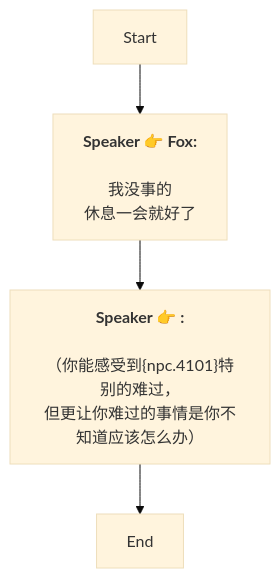
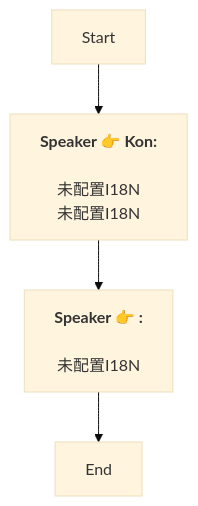
The diagram in Zh/AddDialogNode_1738551309133086.md (SoftHu/tos_avg), drawn with Mermaid (base theme) before and after one commit. The commit also changed 730 other files, not shown here.

````diff
--- a/Zh/AddDialogNode_1738551309133086.md
+++ b/Zh/AddDialogNode_1738551309133086.md
@@ -1,10 +1,9 @@
 ```mermaid
 graph
-Start -->1738551382236449[<b>Speaker 👉 Fox:</b>
-\n我没事的\n休息一会就好了]
+Start -->1738551382236449[<b>Speaker 👉 Kon:</b>
+\n未配置I18N\n未配置I18N]
 1738551382236449 -->1738551568188707[<b>Speaker 👉 :</b>
-\n（你能感受到&lbrace;npc.4101&rbrace;特别的难过，
-但更让你难过的事情是你不知道应该怎么办）]
+\n未配置I18N]
 1738551568188707 -->1738551384198434[End]
 
 ```
````
